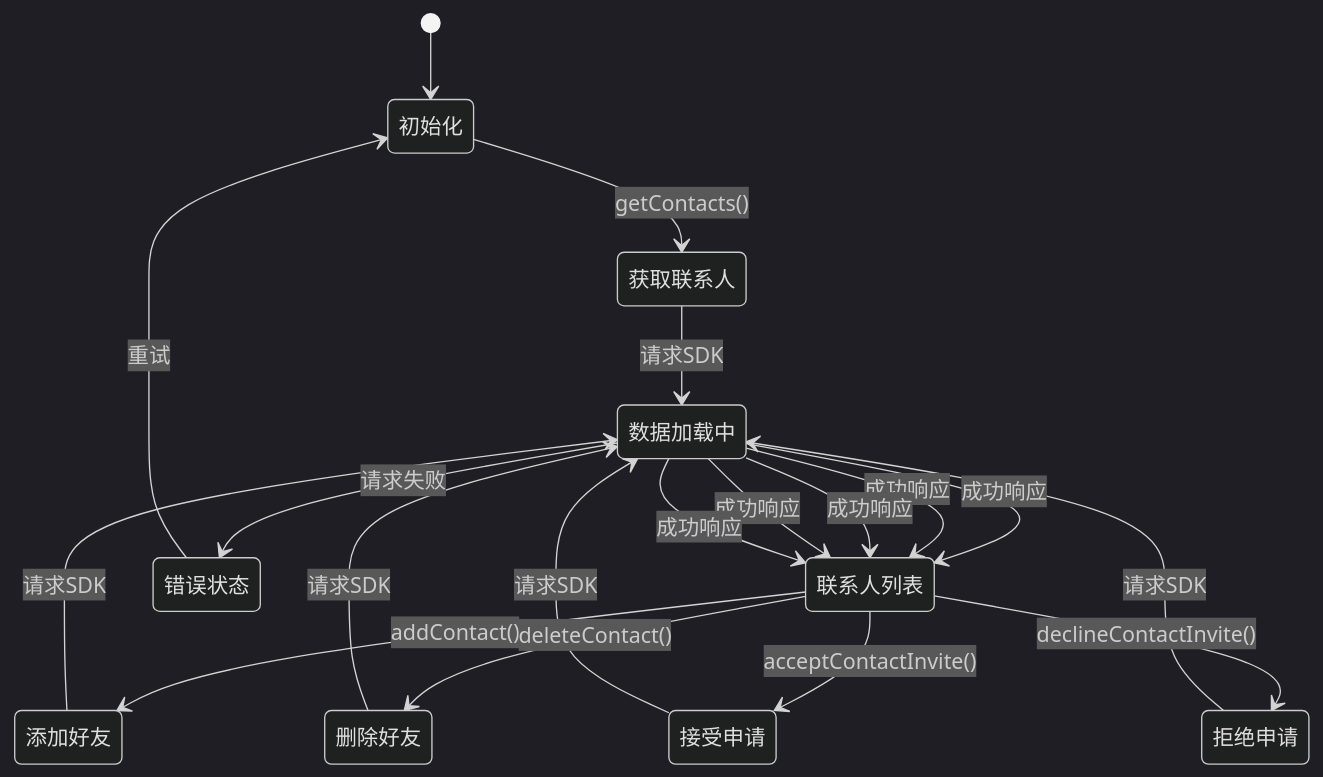
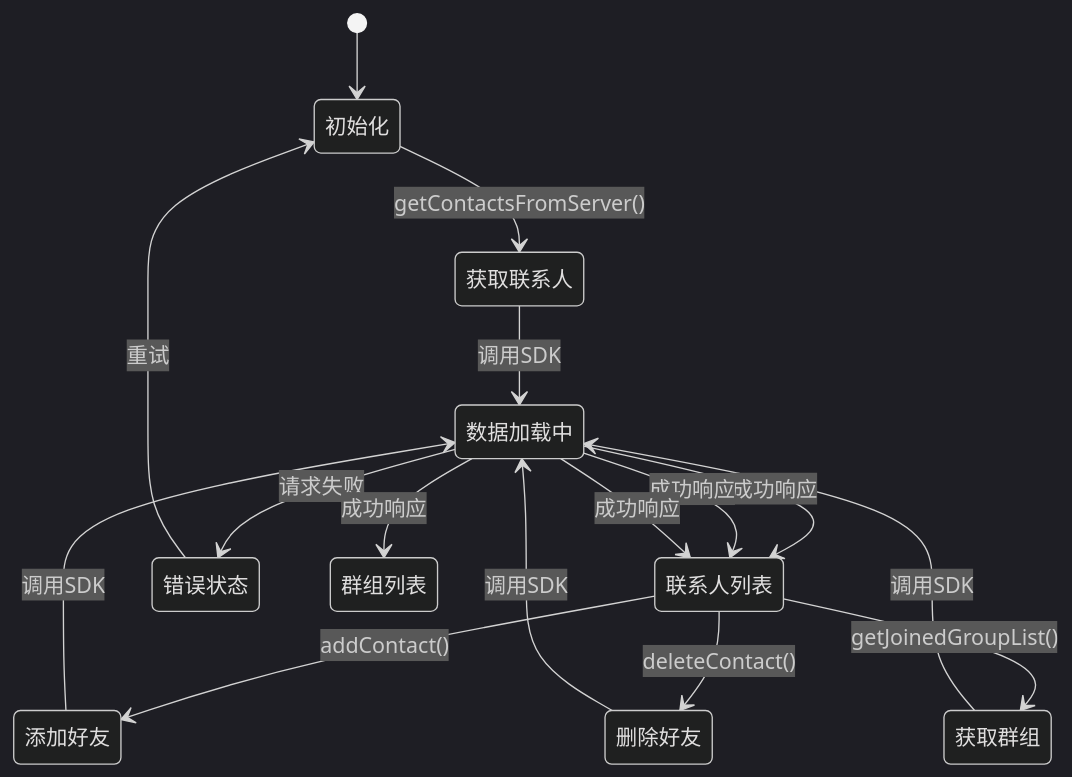
The fifth of 7 diagrams in .qoder/repowiki/zh/content/Contacts Page.md (Easemob-Community/easemob-uikit-uniapp-community), drawn with Mermaid (dark theme) before and after one commit. The commit also changed other lines of this file and 5 other files, not shown here.

Commit message:
fix: add conditional compilation for contacts page - use IndexedList for non-MP, inline render for MP

````diff
--- a/.qoder/repowiki/zh/content/Contacts Page.md
+++ b/.qoder/repowiki/zh/content/Contacts Page.md
@@ -250,21 +248,18 @@
 ```mermaid
 stateDiagram-v2
 [*] --> 初始化
-初始化 --> 获取联系人 : getContacts()
-获取联系人 --> 数据加载中 : 请求SDK
+初始化 --> 获取联系人 : getContactsFromServer()
+获取联系人 --> 数据加载中 : 调用SDK
 数据加载中 --> 联系人列表 : 成功响应
 数据加载中 --> 错误状态 : 请求失败
 联系人列表 --> 添加好友 : addContact()
-添加好友 --> 数据加载中 : 请求SDK
+添加好友 --> 数据加载中 : 调用SDK
 数据加载中 --> 联系人列表 : 成功响应
 联系人列表 --> 删除好友 : deleteContact()
-删除好友 --> 数据加载中 : 请求SDK
+删除好友 --> 数据加载中 : 调用SDK
 数据加载中 --> 联系人列表 : 成功响应
-联系人列表 --> 接受申请 : acceptContactInvite()
-接受申请 --> 数据加载中 : 请求SDK
-数据加载中 --> 联系人列表 : 成功响应
-联系人列表 --> 拒绝申请 : declineContactInvite()
-拒绝申请 --> 数据加载中 : 请求SDK
-数据加载中 --> 联系人列表 : 成功响应
+联系人列表 --> 获取群组 : getJoinedGroupList()
+获取群组 --> 数据加载中 : 调用SDK
+数据加载中 --> 群组列表 : 成功响应
 错误状态 --> 初始化 : 重试
 ```
````
